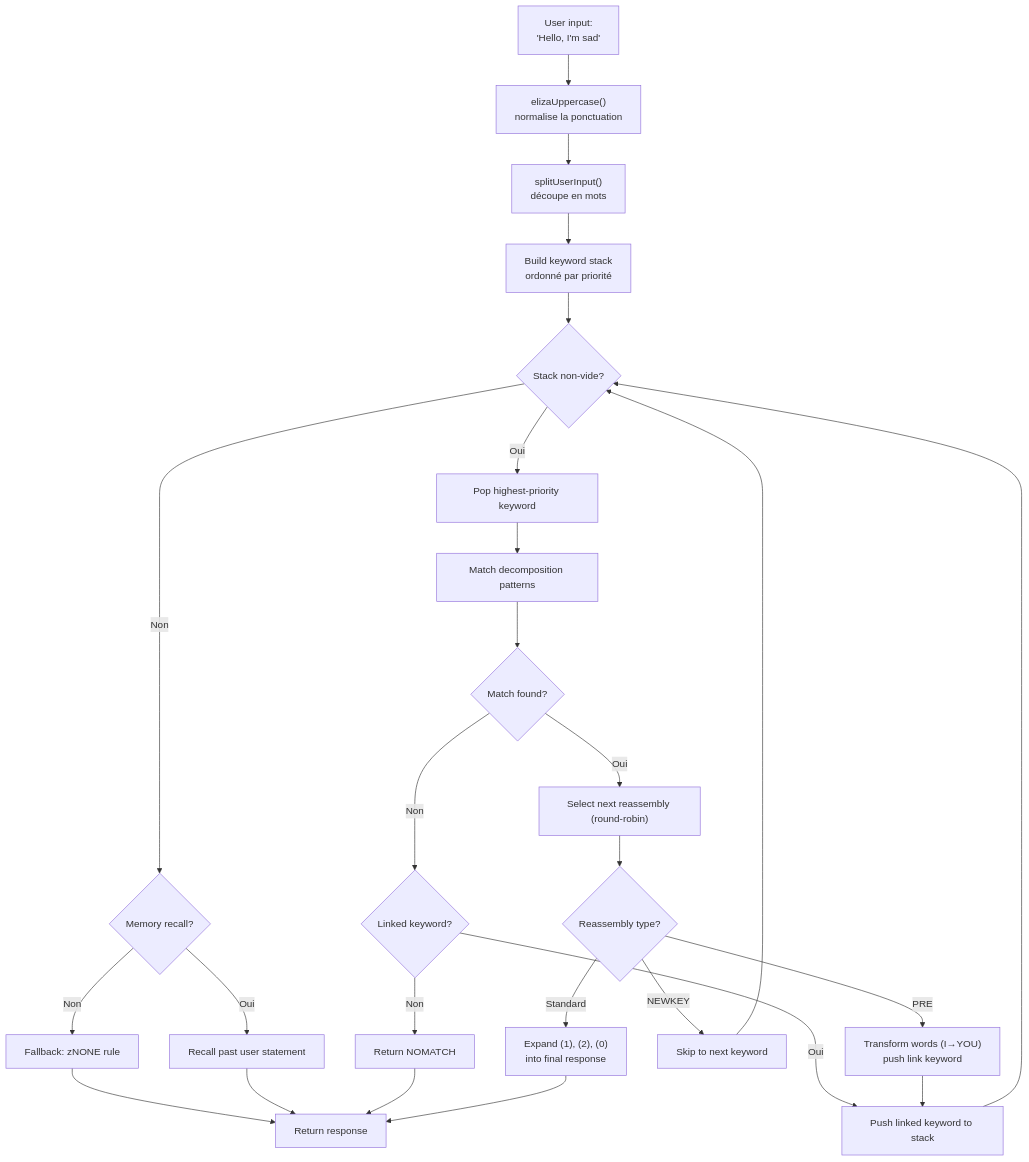
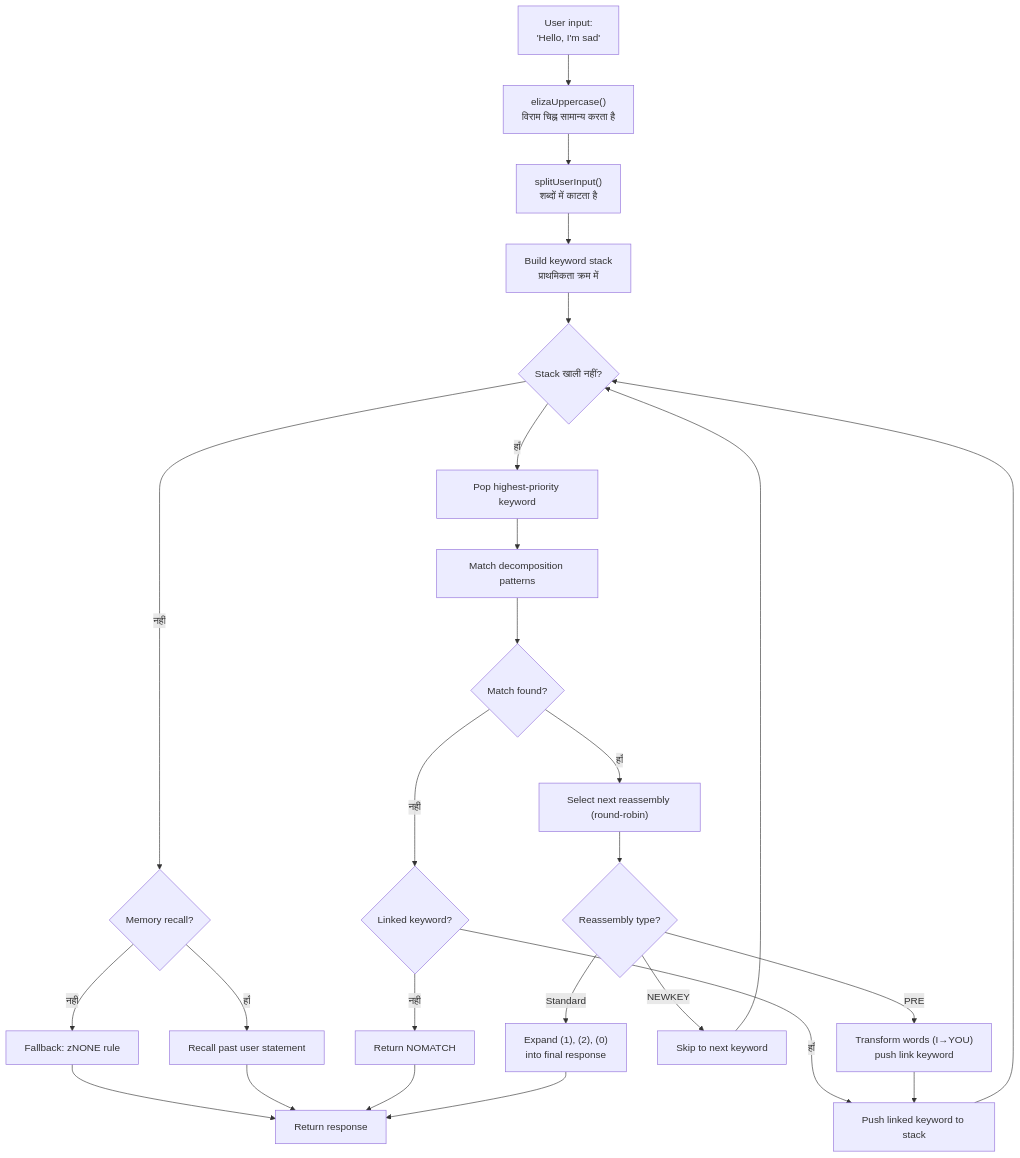
One commit to fox3000foxy/fox3000foxy.github.io changed the first of 2 diagrams in public/articles/hi/from-eliza-to-llm-chatbots-typescript.md. Above: the diagram before and after it, drawn with Mermaid. The commit also changed other lines of this file and 576 other files, not shown here.

````diff
--- a/public/articles/hi/from-eliza-to-llm-chatbots-typescript.md
+++ b/public/articles/hi/from-eliza-to-llm-chatbots-typescript.md
@@ -93,28 +92,28 @@
 ```mermaid
 flowchart TD
-    A["User input:<br>'Hello, I'm sad'"] --> B["elizaUppercase()<br>normalise la ponctuation"]
-    B --> C["splitUserInput()<br>découpe en mots"]
-    C --> D["Build keyword stack<br>ordonné par priorité"]
-    D --> E{"Stack non-vide?"}
-    E -->|"Oui"| F["Pop highest-priority keyword"]
-    E -->|"Non"| G{"Memory recall?"}
-    G -->|"Oui"| H["Recall past user statement"]
-    G -->|"Non"| I["Fallback: zNONE rule"]
+    A["User input:<br>'Hello, I'm sad'"] --> B["elizaUppercase()<br>विराम चिह्न सामान्य करता है"]
+    B --> C["splitUserInput()<br>शब्दों में काटता है"]
+    C --> D["Build keyword stack<br>प्राथमिकता क्रम में"]
+    D --> E{"Stack खाली नहीं?"}
+    E -->|"हाँ"| F["Pop highest-priority keyword"]
+    E -->|"नहीं"| G{"Memory recall?"}
+    G -->|"हाँ"| H["Recall past user statement"]
+    G -->|"नहीं"| I["Fallback: zNONE rule"]
     I --> J["Return response"]
     H --> J
     F --> K["Match decomposition patterns"]
     K --> L{"Match found?"}
-    L -->|"Non"| M{"Linked keyword?"}
-    M -->|"Oui"| N["Push linked keyword to stack"]
+    L -->|"नहीं"| M{"Linked keyword?"}
+    M -->|"हाँ"| N["Push linked keyword to stack"]
     N --> E
-    M -->|"Non"| O["Return NOMATCH"]
+    M -->|"नहीं"| O["Return NOMATCH"]
     O --> J
-    L -->|"Oui"| P["Select next reassembly (round-robin)"]
+    L -->|"हाँ"| P["Select next reassembly (round-robin)"]
     P --> Q{"Reassembly type?"}
     Q -->|"PRE"| R["Transform words (I→YOU)<br>push link keyword"]
     R --> N
     Q -->|"NEWKEY"| S["Skip to next keyword"]
     S --> E
     Q -->|"Standard"| T["Expand (1), (2), (0)<br>into final response"]
     T --> J
 ```
````
